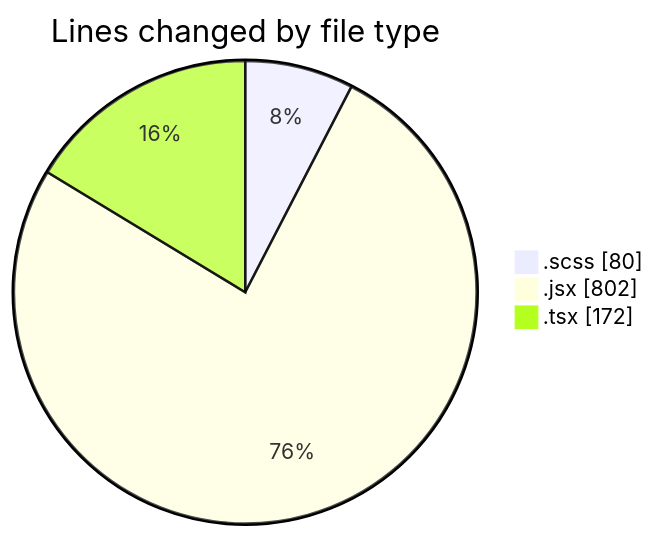
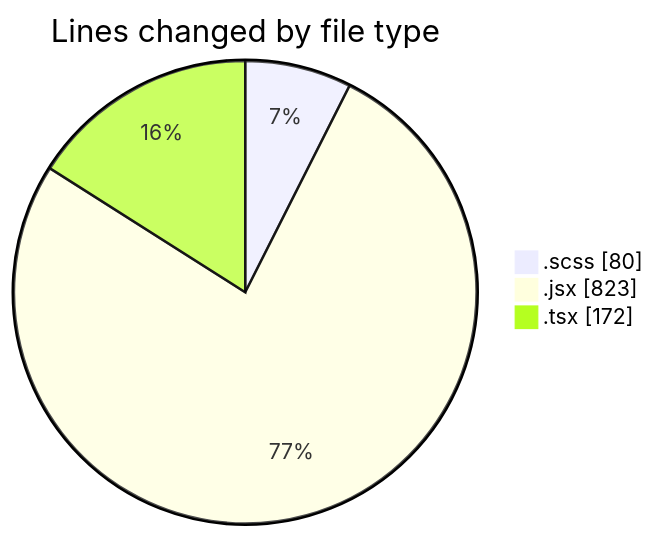
The first of 2 diagrams in 2025-06-03/cda/README.md (momahboobian/code-tracking), drawn with Mermaid before and after one commit. The commit also changed other lines of this file and 1 other file, not shown here.

````diff
--- a/2025-06-03/cda/README.md
+++ b/2025-06-03/cda/README.md
@@ -23,7 +23,7 @@
 ```mermaid
 pie showData
 title Lines changed by file type
 ".scss" : 80
-".jsx" : 802
+".jsx" : 823
 ".tsx" : 172
 ```
````
